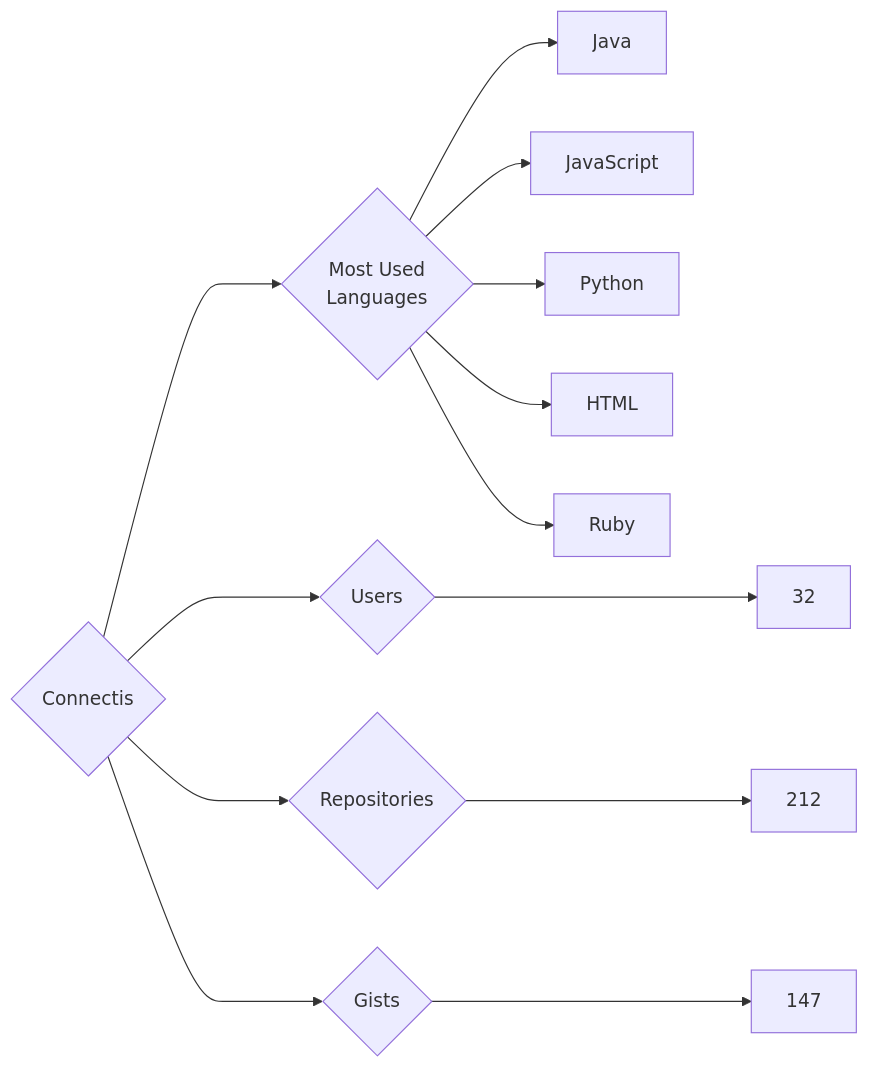
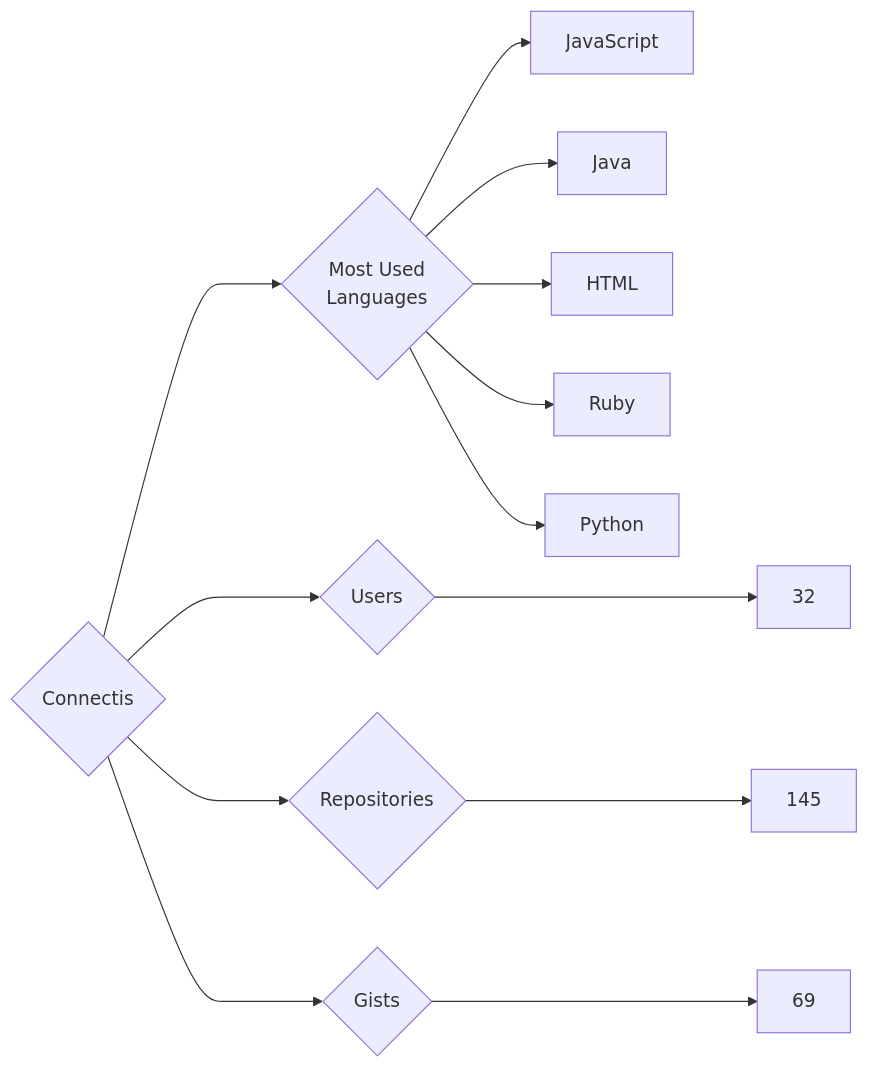
The diagram in targets/Connectis/README.md (trickest/insiders), drawn with Mermaid before and after one commit. The commit also changed 888 other files, not shown here.

````diff
--- a/targets/Connectis/README.md
+++ b/targets/Connectis/README.md
@@ -3,13 +3,13 @@
 ```mermaid
 graph LR
 COMPANY_NAME{Connectis}
 COMPANY_NAME ---> U{Users} ---> UN[32]
-COMPANY_NAME ---> R{Repositories} ---> RN[212]
-COMPANY_NAME ---> G{Gists} ---> GN[147]
+COMPANY_NAME ---> R{Repositories} ---> RN[145]
+COMPANY_NAME ---> G{Gists} ---> GN[69]
 COMPANY_NAME ---> ML{Most Used<br>Languages}
+ML --> JavaScript[JavaScript]
 ML --> Java[Java]
-ML --> JavaScript[JavaScript]
-ML --> Python[Python]
 ML --> HTML[HTML]
 ML --> Ruby[Ruby]
+ML --> Python[Python]
 ```
````
